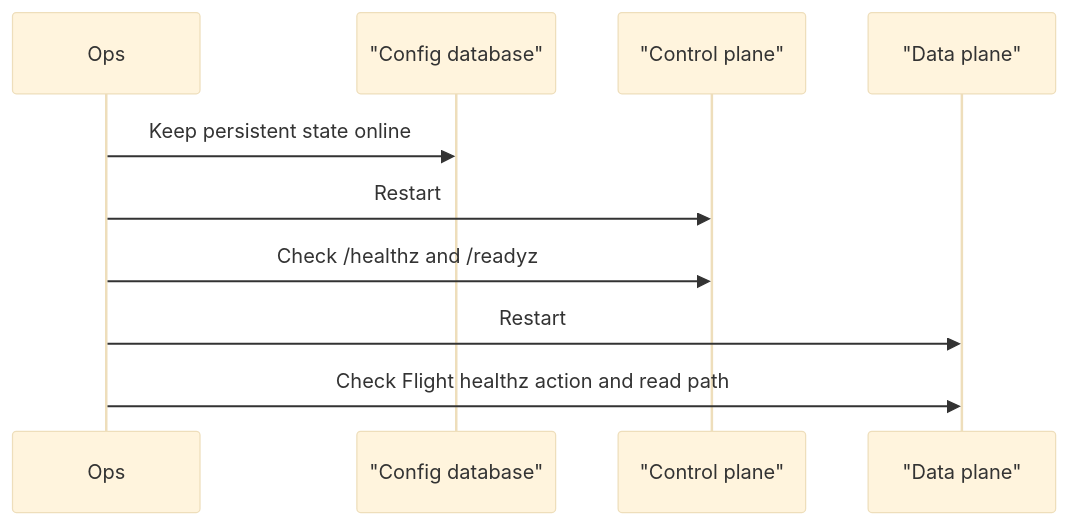
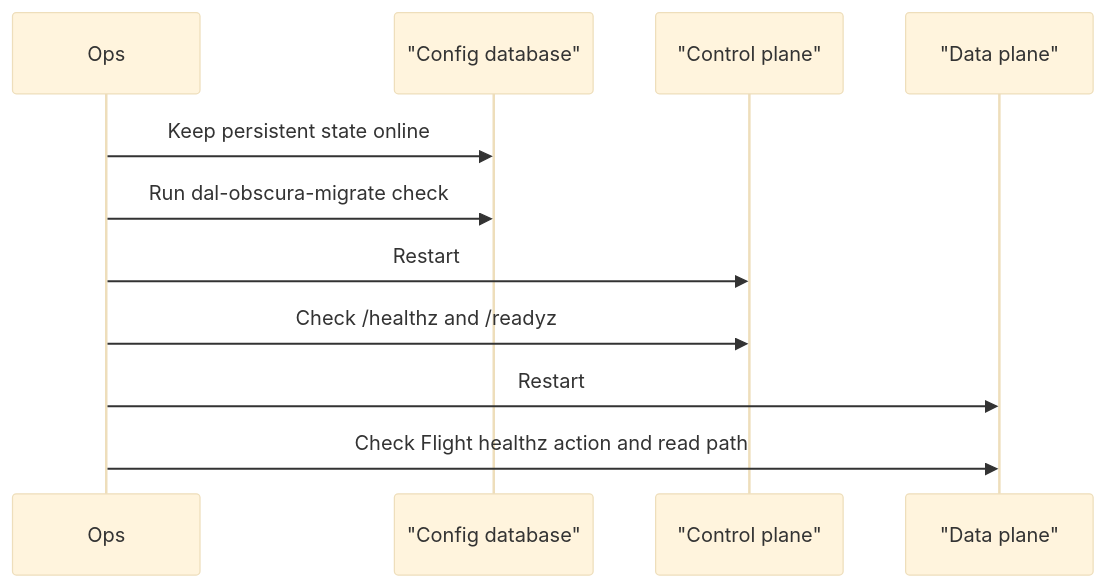
The second of 2 diagrams in docs/operators-runbook.md (snithish/dal-obscura), drawn with Mermaid (base theme) before and after one commit. The commit also changed other lines of this file and 34 other files, not shown here.

````diff
--- a/docs/operators-runbook.md
+++ b/docs/operators-runbook.md
@@ -38,13 +41,14 @@
 ```mermaid
 sequenceDiagram
     participant Ops
     participant DB as "Config database"
     participant CP as "Control plane"
     participant DP as "Data plane"
 
     Ops->>DB: Keep persistent state online
+    Ops->>DB: Run dal-obscura-migrate check
     Ops->>CP: Restart
     Ops->>CP: Check /healthz and /readyz
     Ops->>DP: Restart
     Ops->>DP: Check Flight healthz action and read path
 ```
````
